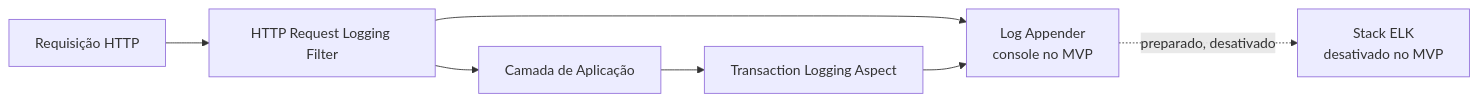
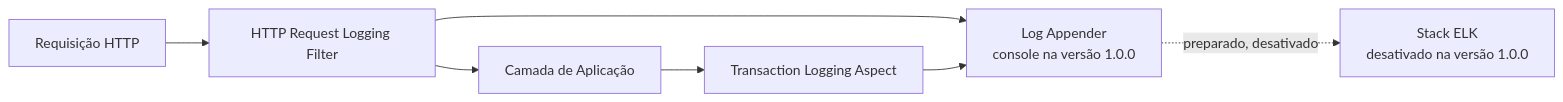
The eighth of 8 diagrams in requisitos/admin/ej-admin-arquitetura-logica.md (hermesnet-git/journey-admin), drawn with Mermaid before and after one commit. The commit also changed other lines of this file and 50 other files, not shown here.

````diff
--- a/requisitos/admin/ej-admin-arquitetura-logica.md
+++ b/requisitos/admin/ej-admin-arquitetura-logica.md
@@ -538,16 +538,16 @@
 ```mermaid
 flowchart LR
     REQUEST[Requisição HTTP]
     FILTER[HTTP Request Logging Filter]
     APP[Camada de Aplicação]
     ASPECT[Transaction Logging Aspect]
-    LOG[Log Appender<br/>console no MVP]
-    ELK[Stack ELK<br/>desativado no MVP]
+    LOG[Log Appender<br/>console na versão 1.0.0]
+    ELK[Stack ELK<br/>desativado na versão 1.0.0]
 
     REQUEST --> FILTER
     FILTER --> APP
     APP --> ASPECT
     FILTER --> LOG
     ASPECT --> LOG
     LOG -.->|preparado, desativado| ELK
 ```
````
